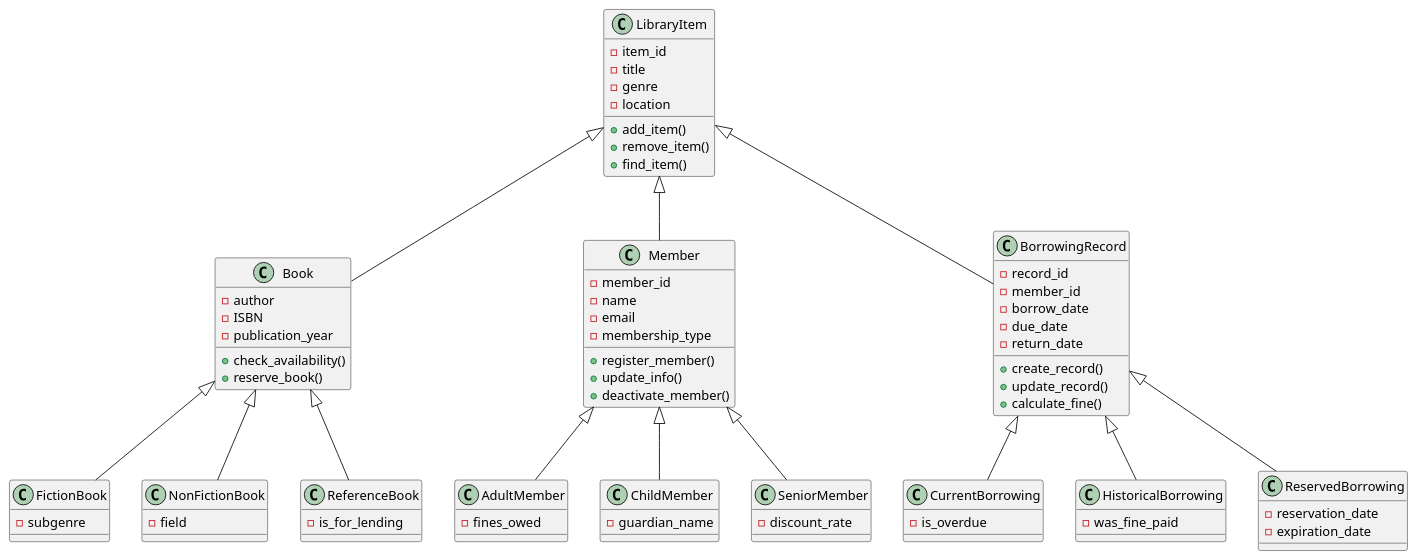
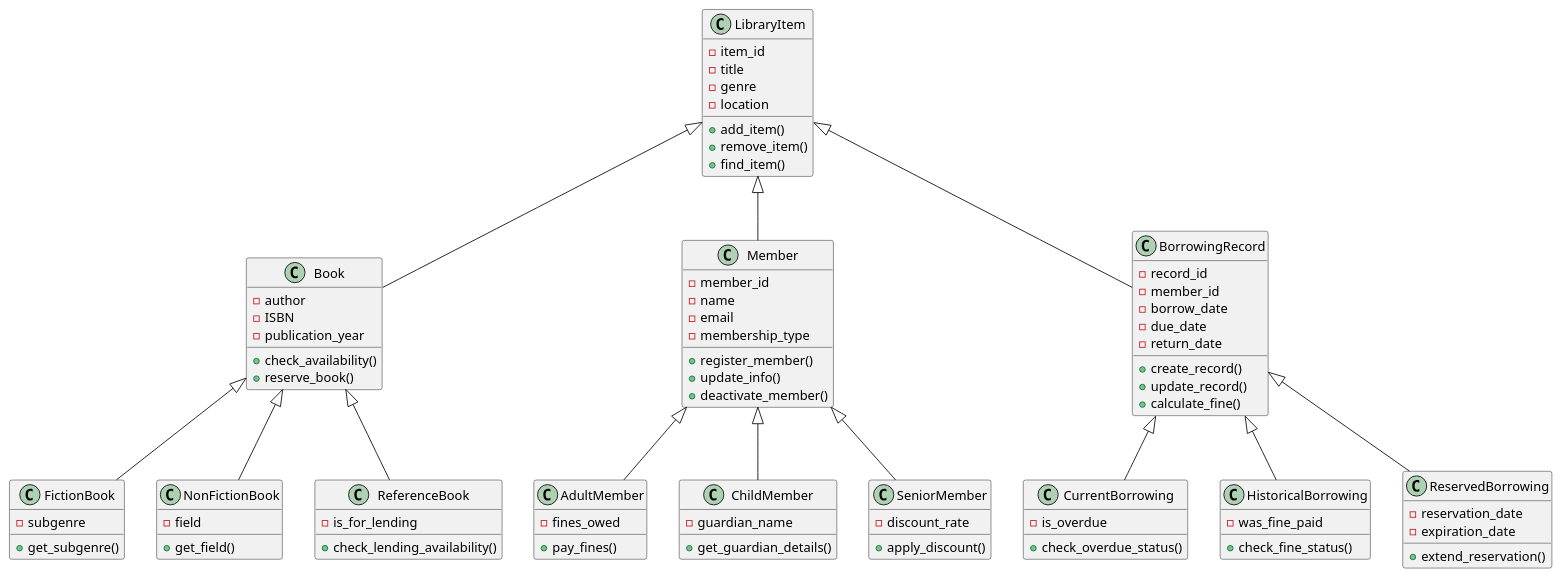
One commit to Kimballs/MiniLMS changed the diagram in library_system.puml. Above: the diagram before and after it, drawn with PlantUML. The commit also changed 1 other file, not shown here.

Commit message:
Final UML Diagram Created for Refrence

```diff
--- a/library_system.puml
+++ b/library_system.puml
@@ -1,95 +1,104 @@
 @startuml
 
 class LibraryItem {
   - item_id
   - title
   - genre
   - location
   + add_item()
   + remove_item()
   + find_item()
 }
 
 class Book {
   - author
   - ISBN
   - publication_year
   + check_availability()
   + reserve_book()
 }
 
 class Member {
   - member_id
   - name
   - email
   - membership_type
   + register_member()
   + update_info()
   + deactivate_member()
 }
 
 class BorrowingRecord {
   - record_id
   - member_id
   - borrow_date
   - due_date
   - return_date
   + create_record()
   + update_record()
   + calculate_fine()
 }
 
 class FictionBook {
   - subgenre
+  + get_subgenre()
 }
 
 class NonFictionBook {
   - field
+  + get_field()
 }
 
 class ReferenceBook {
   - is_for_lending
+  + check_lending_availability()
 }
 
 class AdultMember {
   - fines_owed
+  + pay_fines()
 }
 
 class ChildMember {
   - guardian_name
+  + get_guardian_details()
 }
 
 class SeniorMember {
   - discount_rate
+  + apply_discount()
 }
 
 class CurrentBorrowing {
   - is_overdue
+  + check_overdue_status()
 }
 
 class HistoricalBorrowing {
   - was_fine_paid
+  + check_fine_status()
 }
 
 class ReservedBorrowing {
   - reservation_date
   - expiration_date
+  + extend_reservation()
 }
 
 LibraryItem <|-- Book
 LibraryItem <|-- Member
 LibraryItem <|-- BorrowingRecord
 
 Book <|-- FictionBook
 Book <|-- NonFictionBook
 Book <|-- ReferenceBook
 
 Member <|-- AdultMember
 Member <|-- ChildMember
 Member <|-- SeniorMember
 
 BorrowingRecord <|-- CurrentBorrowing
 BorrowingRecord <|-- HistoricalBorrowing
 BorrowingRecord <|-- ReservedBorrowing
 
 @enduml
```
